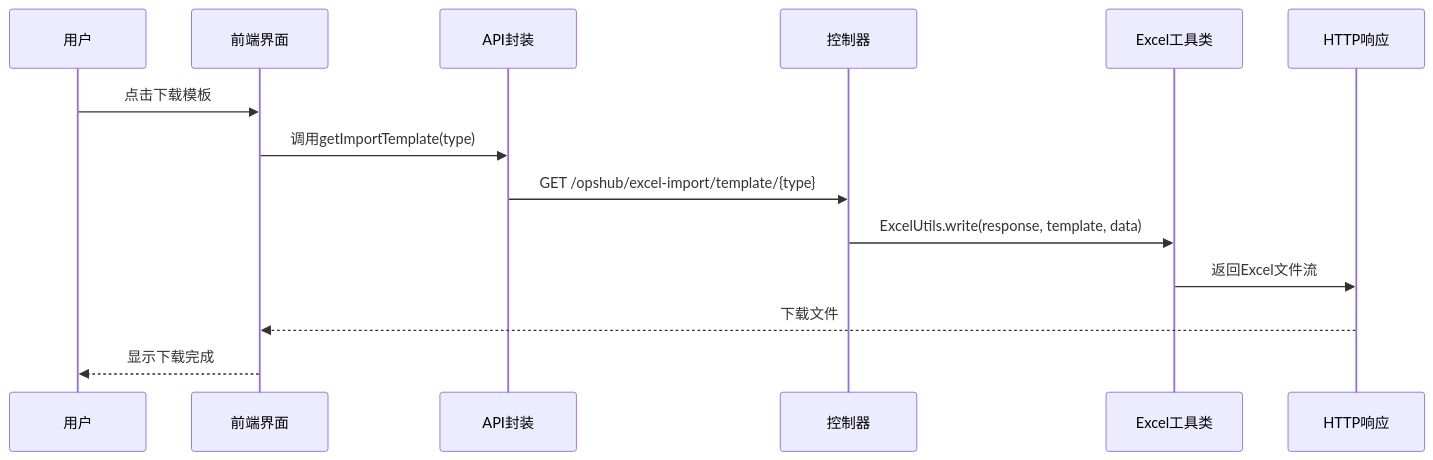
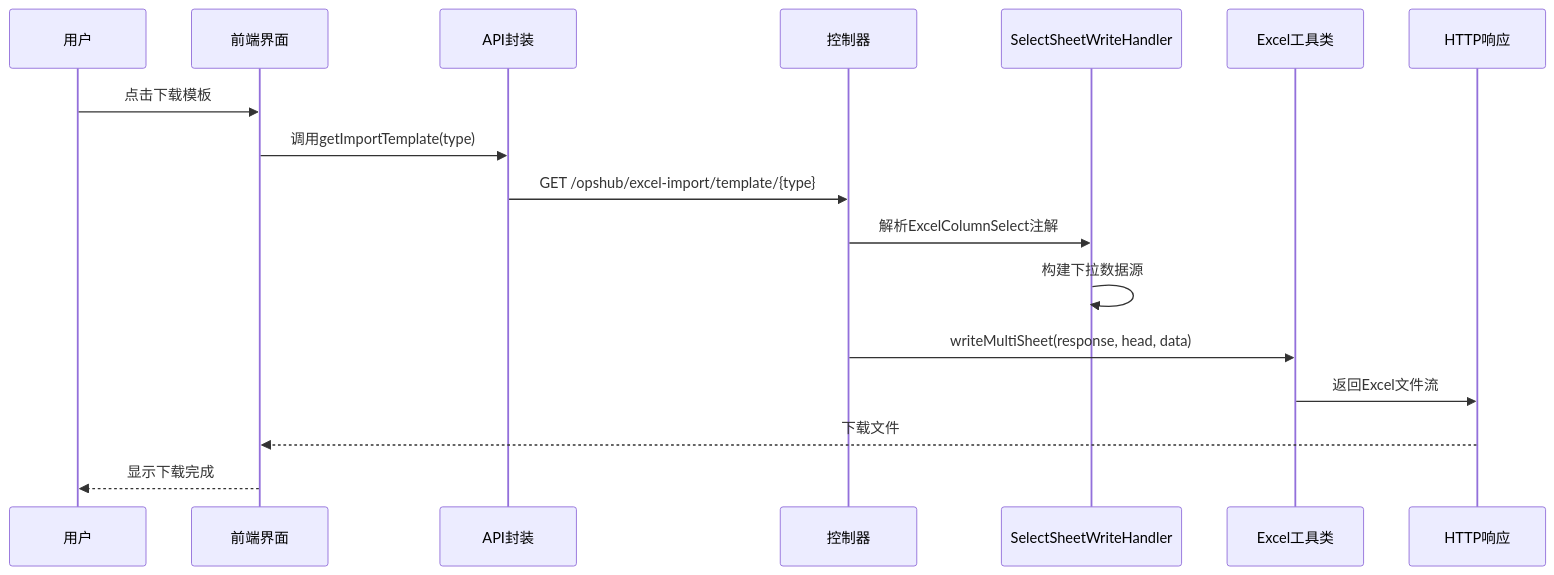
The fourth of 10 diagrams in .qoder/repowiki/zh/content/核心模块/Excel批量导入功能.md (xiaoche80s-tech/rouyi-vue-pro), drawn with Mermaid before and after one commit. The commit also changed other lines of this file and 536 other files, not shown here.

````diff
--- a/.qoder/repowiki/zh/content/核心模块/Excel批量导入功能.md
+++ b/.qoder/repowiki/zh/content/核心模块/Excel批量导入功能.md
@@ -197,16 +232,19 @@
 ```mermaid
 sequenceDiagram
 participant User as 用户
 participant Front as 前端界面
 participant API as API封装
 participant Ctrl as 控制器
+participant Handler as SelectSheetWriteHandler
 participant Utils as Excel工具类
 participant Resp as HTTP响应
 User->>Front : 点击下载模板
 Front->>API : 调用getImportTemplate(type)
 API->>Ctrl : GET /opshub/excel-import/template/{type}
-Ctrl->>Utils : ExcelUtils.write(response, template, data)
+Ctrl->>Handler : 解析ExcelColumnSelect注解
+Handler->>Handler : 构建下拉数据源
+Ctrl->>Utils : writeMultiSheet(response, head, data)
 Utils->>Resp : 返回Excel文件流
 Resp-->>Front : 下载文件
 Front-->>User : 显示下载完成
 ```
````
